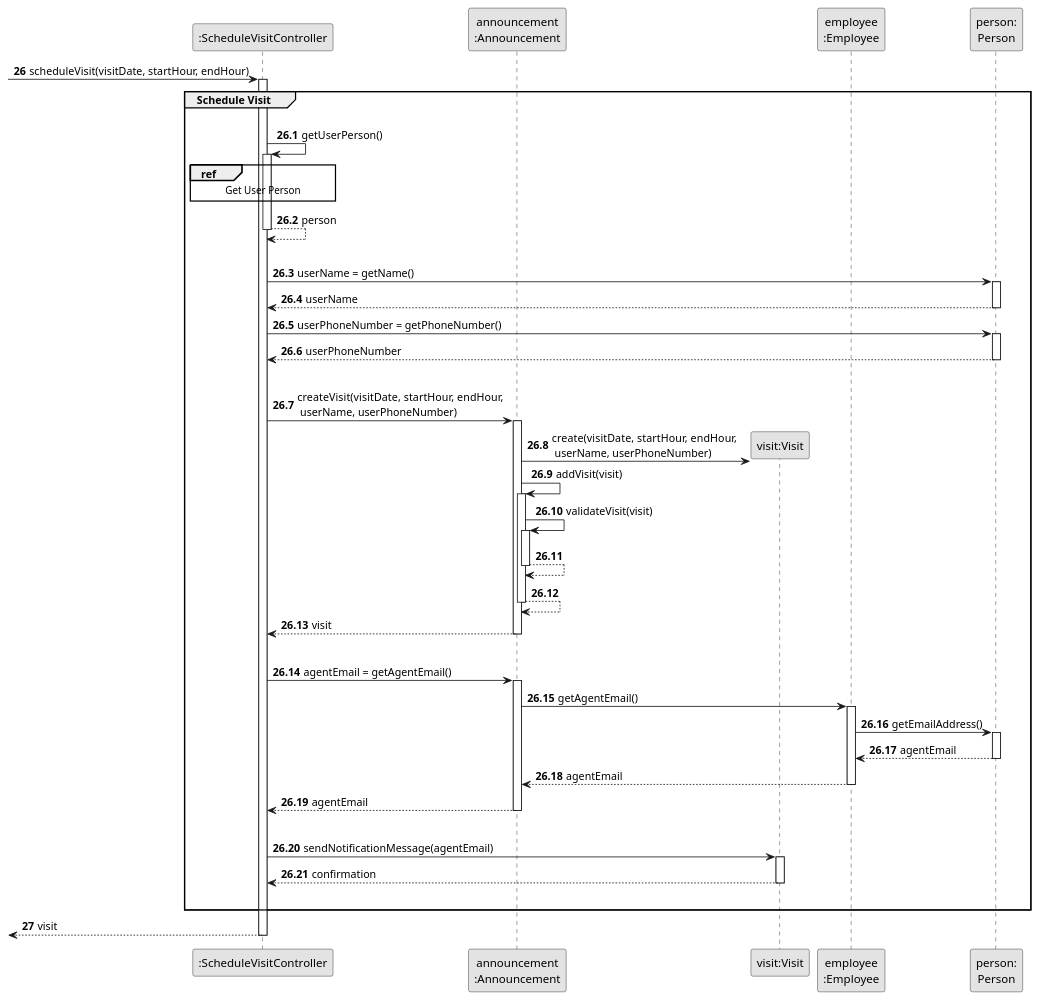
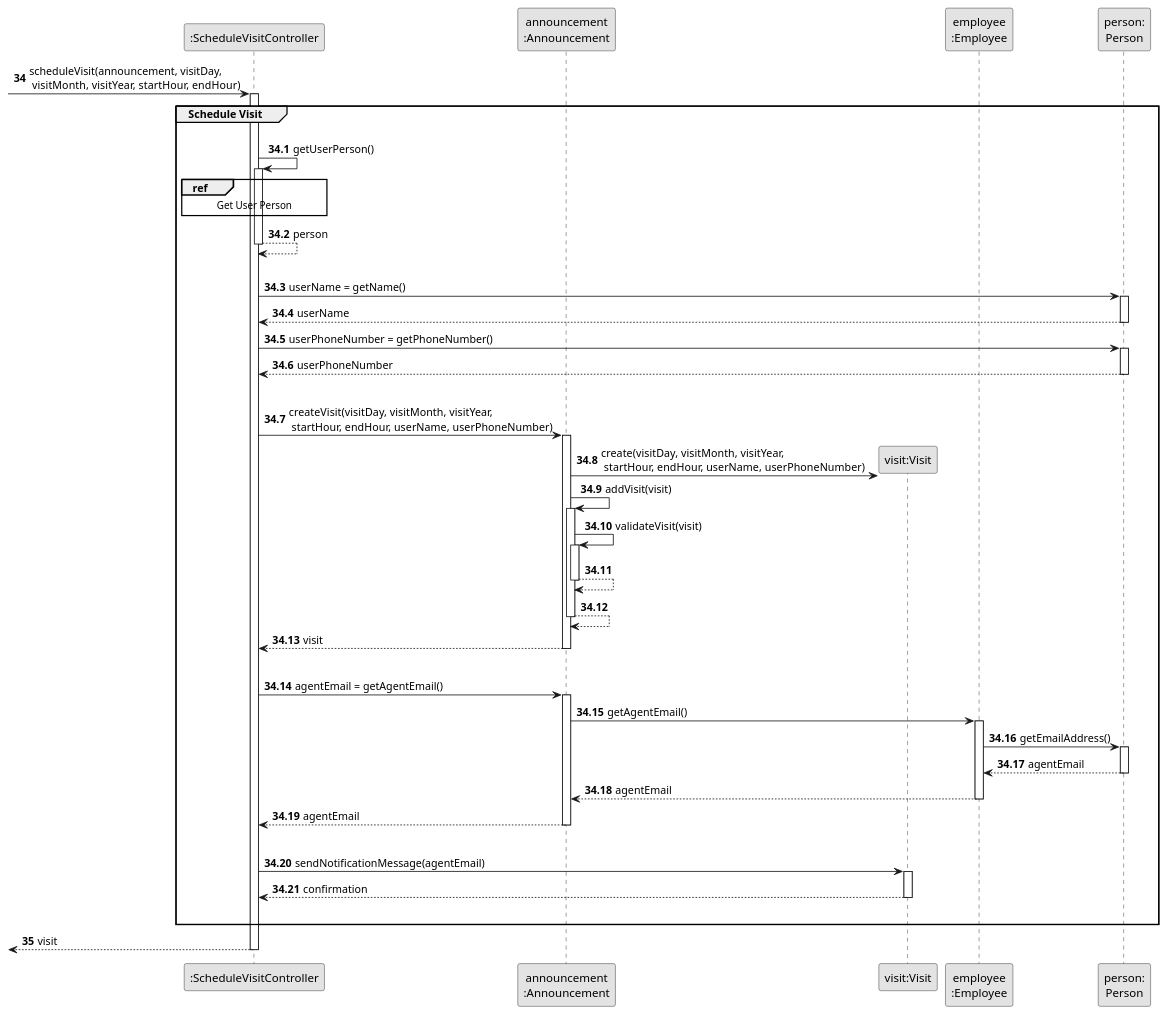
Before and after one commit to rita-barbosa/LAPR2-2223: the diagram in docs/sprintC/us009/03.design/puml/us009-sequence-diagram-partial-schedule-visit.puml, drawn with PlantUML. The commit also changed 5 other files, not shown here.

```diff
--- a/docs/sprintC/us009/03.design/puml/us009-sequence-diagram-partial-schedule-visit.puml
+++ b/docs/sprintC/us009/03.design/puml/us009-sequence-diagram-partial-schedule-visit.puml
@@ -1,93 +1,93 @@
 @startuml
 skinparam monochrome true
 skinparam packageStyle rectangle
 skinparam shadowing false
 
 participant ":ScheduleVisitController" as CTRL
 participant "announcement\n:Announcement" as ANNOUNCE
 participant "visit:Visit" as VST
 participant "employee\n:Employee" as EMP
 participant "person:\nPerson" as PERSON
 
 
-autonumber 26
+autonumber 34
 
-    -> CTRL : scheduleVisit(visitDate, startHour, endHour)
+    -> CTRL : scheduleVisit(announcement, visitDay,\n visitMonth, visitYear, startHour, endHour)
     activate CTRL
 
-    autonumber 26.1
+    autonumber 34.1
 
     group Schedule Visit
    |||
            CTRL -> CTRL : getUserPerson()
            activate CTRL
                ref over CTRL
                    Get User Person
                end ref
                CTRL --> CTRL : person
            deactivate CTRL
 |||
     CTRL -> PERSON : userName = getName()
     activate PERSON
 
         PERSON --> CTRL : userName
     deactivate PERSON
 
 
     CTRL -> PERSON : userPhoneNumber = getPhoneNumber()
     activate PERSON
 
         PERSON --> CTRL : userPhoneNumber
     deactivate PERSON
 |||
-    CTRL -> ANNOUNCE : createVisit(visitDate, startHour, endHour,\n userName, userPhoneNumber)
+    CTRL -> ANNOUNCE : createVisit(visitDay, visitMonth, visitYear,\n startHour, endHour, userName, userPhoneNumber)
     activate ANNOUNCE
 
-    ANNOUNCE -> VST** : create(visitDate, startHour, endHour,\n userName, userPhoneNumber)
+    ANNOUNCE -> VST** : create(visitDay, visitMonth, visitYear,\n startHour, endHour, userName, userPhoneNumber)
 
      ANNOUNCE -> ANNOUNCE : addVisit(visit)
      activate ANNOUNCE
 
      ANNOUNCE -> ANNOUNCE : validateVisit(visit)
      activate ANNOUNCE
 
         ANNOUNCE --> ANNOUNCE
      deactivate ANNOUNCE
 
      ANNOUNCE --> ANNOUNCE
      deactivate ANNOUNCE
 
         ANNOUNCE --> CTRL : visit
     deactivate ANNOUNCE
 |||
     CTRL -> ANNOUNCE: agentEmail = getAgentEmail()
     activate ANNOUNCE
 
     ANNOUNCE -> EMP : getAgentEmail()
     activate EMP
 
     EMP -> PERSON : getEmailAddress()
     activate PERSON
 
        PERSON --> EMP : agentEmail
     deactivate PERSON
 
        EMP --> ANNOUNCE : agentEmail
     deactivate EMP
 
        ANNOUNCE --> CTRL : agentEmail
     deactivate ANNOUNCE
 |||
     CTRL -> VST : sendNotificationMessage(agentEmail)
     activate VST
 
         VST --> CTRL : confirmation
     deactivate VST
 |||
     end group
 
-    autonumber 27
+    autonumber 35
         <-- CTRL : visit
     deactivate CTRL
 
 @enduml
```
